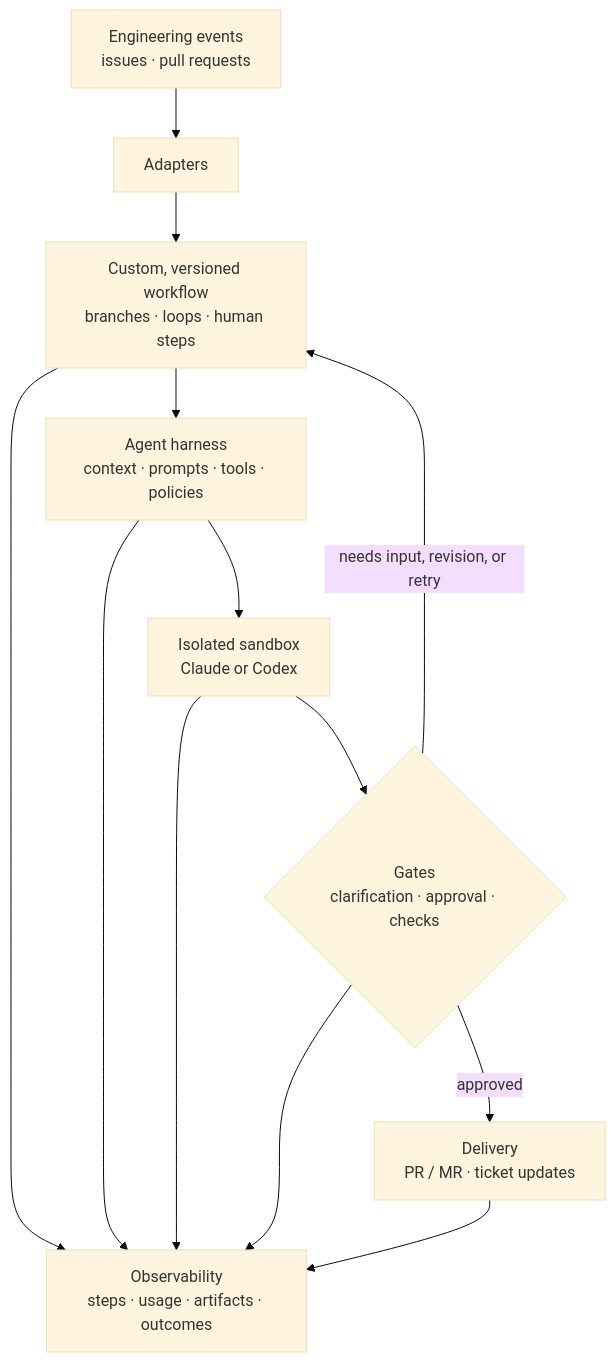
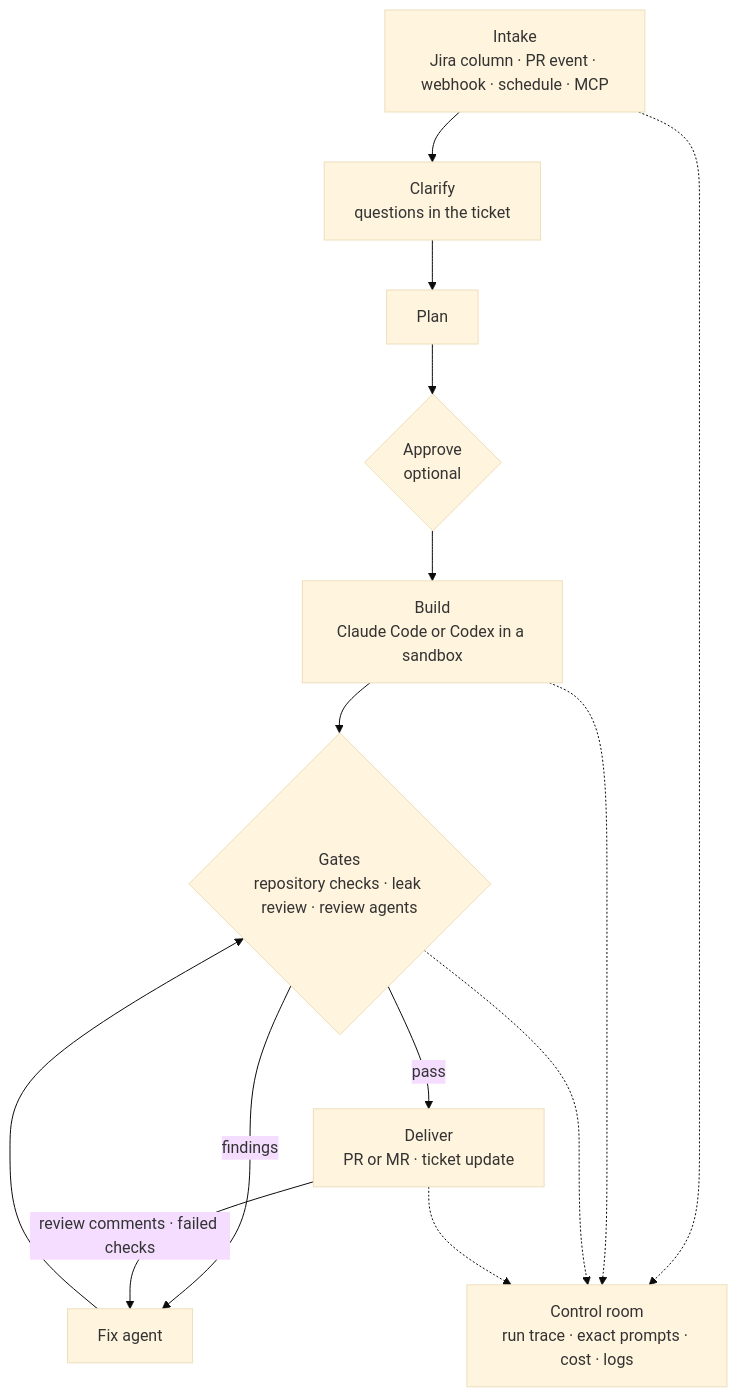
The diagram in README.md (Blazity/ai-workflow), drawn with Mermaid (base theme) before and after one commit. The commit also changed other lines of this file and 9 other files, not shown here.

````diff
--- a/README.md
+++ b/README.md
@@ -33,15 +26,16 @@
 ```mermaid
 flowchart TD
-    A["Engineering events<br/>issues · pull requests"] --> B["Adapters"]
-    B --> C["Custom, versioned workflow<br/>branches · loops · human steps"]
-    C --> D["Agent harness<br/>context · prompts · tools · policies"]
-    D --> E["Isolated sandbox<br/>Claude or Codex"]
-    E --> F{"Gates<br/>clarification · approval · checks"}
-    F -->|"needs input, revision, or retry"| C
-    F -->|"approved"| G["Delivery<br/>PR / MR · ticket updates"]
-    C --> H["Observability<br/>steps · usage · artifacts · outcomes"]
-    D --> H
-    E --> H
-    F --> H
-    G --> H
+    A["Intake<br/>Jira column · PR event · webhook · schedule · MCP"] --> B["Clarify<br/>questions in the ticket"]
+    B --> C["Plan"]
+    C --> D{"Approve<br/>optional"}
+    D --> E["Build<br/>Claude Code or Codex in a sandbox"]
+    E --> F{"Gates<br/>repository checks · leak review · review agents"}
+    F -->|"findings"| G["Fix agent"]
+    G --> F
+    F -->|"pass"| H["Deliver<br/>PR or MR · ticket update"]
+    H -->|"review comments · failed checks"| G
+    A -.-> O["Control room<br/>run trace · exact prompts · cost · logs"]
+    E -.-> O
+    F -.-> O
+    H -.-> O
 ```
````
